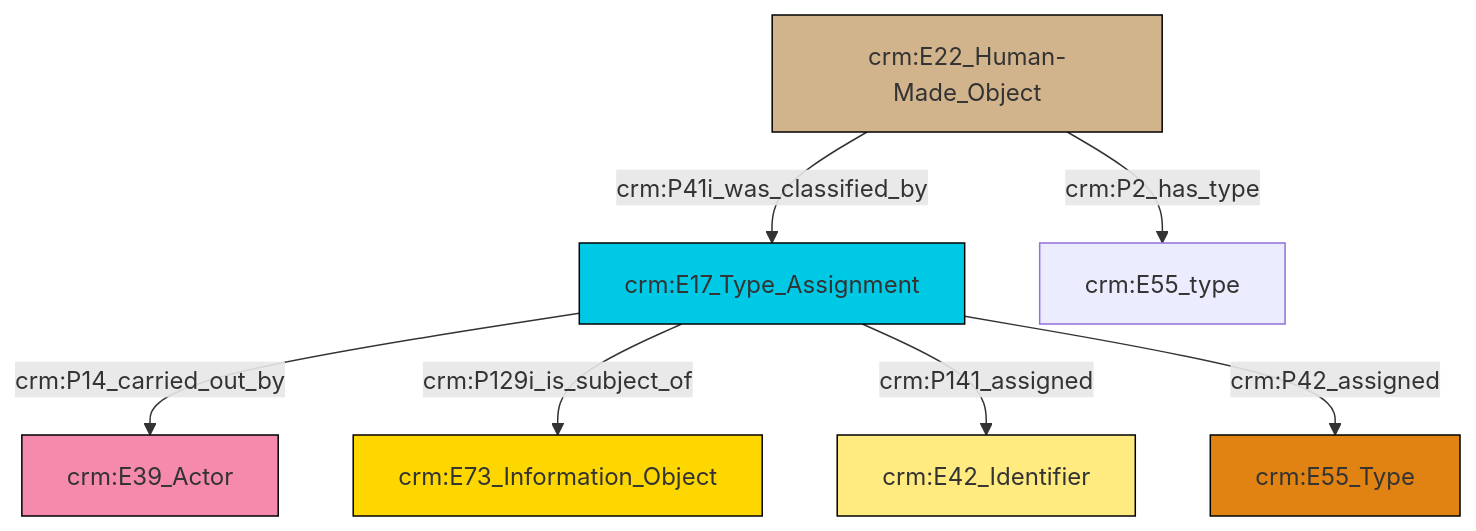
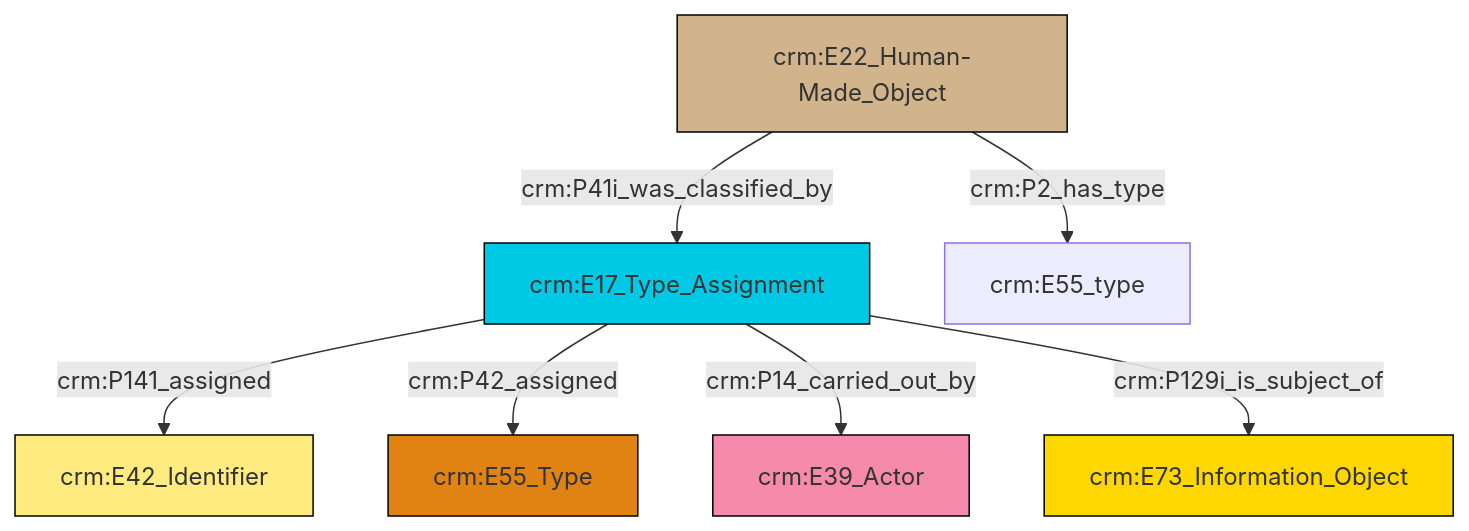
One commit to swiss-art-research-net/reference-data-models changed the diagram in et/builtWorkCSV/ttl/mmd/Built_Work_designation_status.ttl.mmd. Above: the diagram before and after it, drawn with Mermaid. The commit also changed 125 other files, not shown here.

```diff
--- a/et/builtWorkCSV/ttl/mmd/Built_Work_designation_status.ttl.mmd
+++ b/et/builtWorkCSV/ttl/mmd/Built_Work_designation_status.ttl.mmd
@@ -1,21 +1,21 @@
 graph TD
 classDef Literal fill:#f2f2f2,stroke:#000000;
 classDef CRM_Entity fill:#FFFFFF,stroke:#000000;
 classDef Temporal_Entity fill:#00C9E6, stroke:#000000;
 classDef Type fill:#E18312, stroke:#000000;
 classDef Time-Span fill:#2C9C91, stroke:#000000;
 classDef Appellation fill:#FFEB7F, stroke:#000000;
 classDef Place fill:#008836, stroke:#000000;
 classDef Persistent_Item fill:#B266B2, stroke:#000000;
 classDef Conceptual_Object fill:#FFD700, stroke:#000000;
 classDef Physical_Thing fill:#D2B48C, stroke:#000000;
 classDef Actor fill:#f58aad, stroke:#000000;
 classDef PC_Classes fill:#4ce600, stroke:#000000;
 classDef Multi fill:#cccccc,stroke:#000000;
 
-0["crm:E22_Human-Made_Object"]:::Physical_Thing -->|crm:P41i_was_classified_by| 1["crm:E17_Type_Assignment"]:::Temporal_Entity
-1["crm:E17_Type_Assignment"]:::Temporal_Entity -->|crm:P14_carried_out_by| 4["crm:E39_Actor"]:::Actor
-1["crm:E17_Type_Assignment"]:::Temporal_Entity -->|crm:P129i_is_subject_of| 8["crm:E73_Information_Object"]:::Conceptual_Object
-1["crm:E17_Type_Assignment"]:::Temporal_Entity -->|crm:P141_assigned| 9["crm:E42_Identifier"]:::Appellation
-0["crm:E22_Human-Made_Object"]:::Physical_Thing -->|crm:P2_has_type| 2["crm:E55_type"]:::Default
-1["crm:E17_Type_Assignment"]:::Temporal_Entity -->|crm:P42_assigned| 6["crm:E55_Type"]:::Type
+0["crm:E17_Type_Assignment"]:::Temporal_Entity -->|crm:P141_assigned| 1["crm:E42_Identifier"]:::Appellation
+0["crm:E17_Type_Assignment"]:::Temporal_Entity -->|crm:P42_assigned| 2["crm:E55_Type"]:::Type
+0["crm:E17_Type_Assignment"]:::Temporal_Entity -->|crm:P14_carried_out_by| 6["crm:E39_Actor"]:::Actor
+0["crm:E17_Type_Assignment"]:::Temporal_Entity -->|crm:P129i_is_subject_of| 4["crm:E73_Information_Object"]:::Conceptual_Object
+8["crm:E22_Human-Made_Object"]:::Physical_Thing -->|crm:P2_has_type| 13["crm:E55_type"]:::Default
+8["crm:E22_Human-Made_Object"]:::Physical_Thing -->|crm:P41i_was_classified_by| 0["crm:E17_Type_Assignment"]:::Temporal_Entity
```
